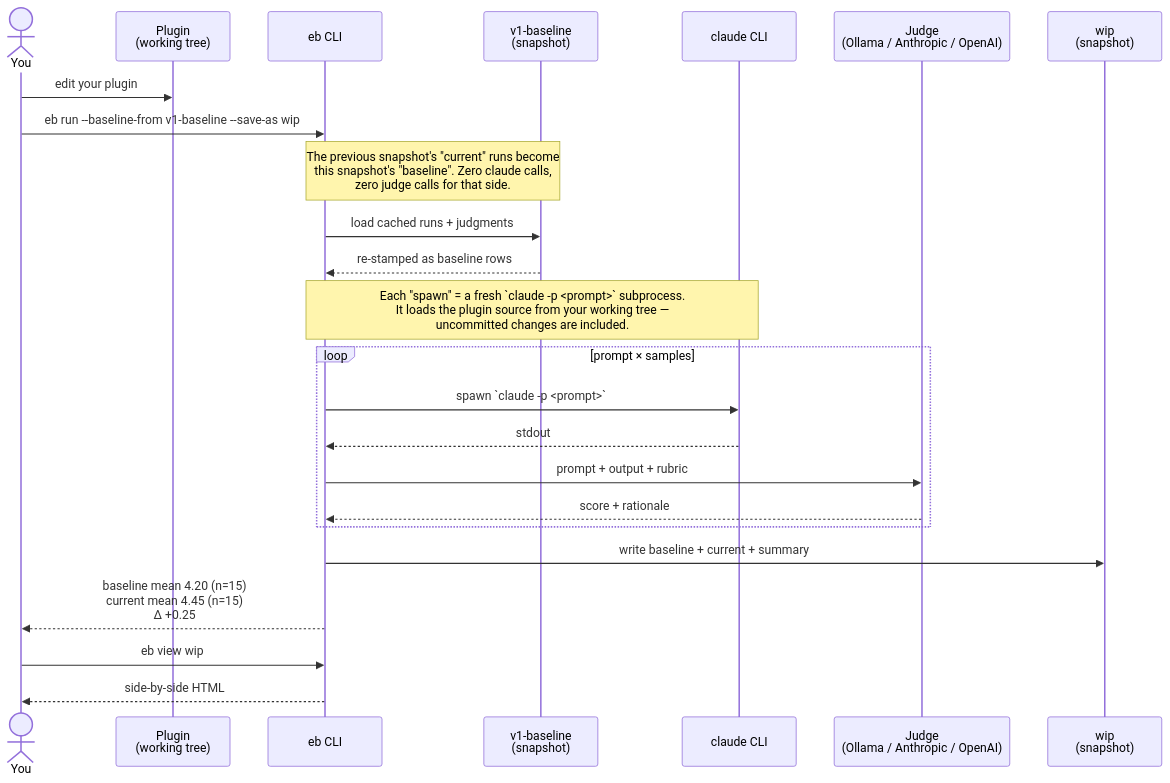
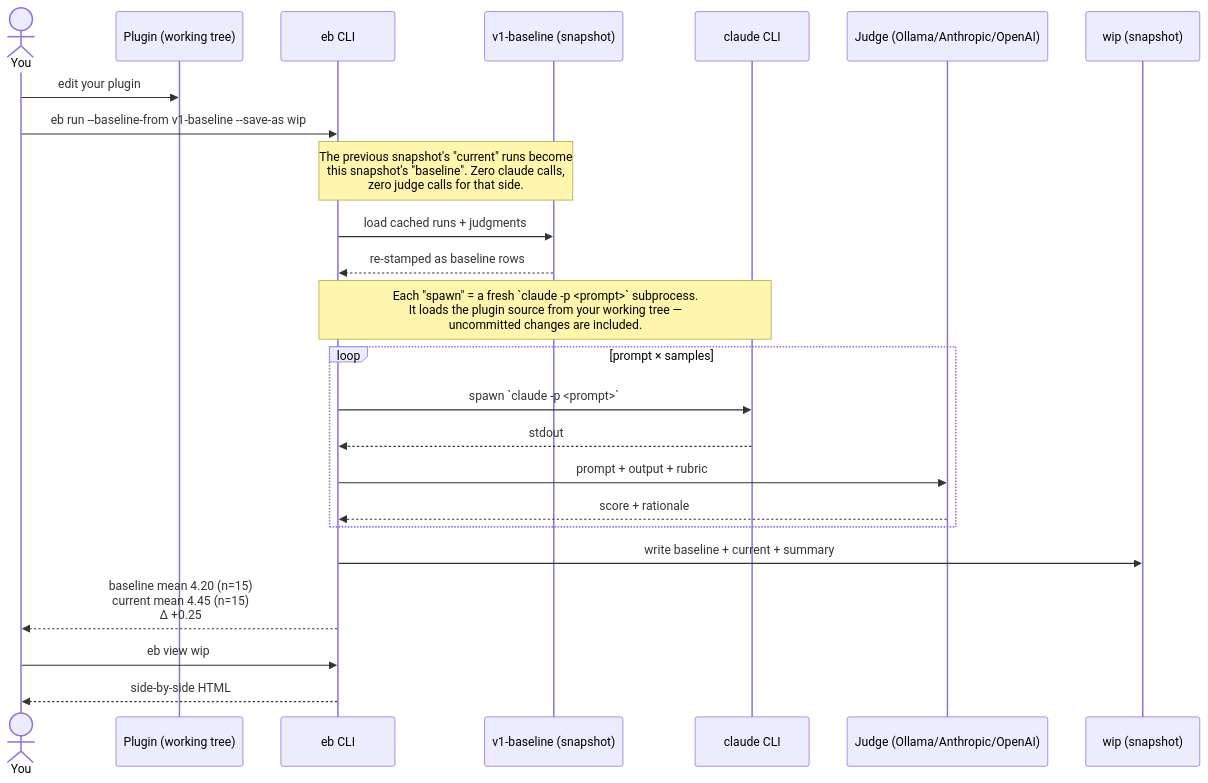
The second of 4 diagrams in README.md (derberg/eval-bench), drawn with Mermaid before and after one commit. The commit also changed other lines of this file, not shown here.

Commit message:
fix: correct mermaid diagrams in README — rename ef→eb, remove br tags from participant labels

````diff
--- a/README.md
+++ b/README.md
@@ -79,30 +79,30 @@
 ```mermaid
 sequenceDiagram
     actor You
-    participant tree as Plugin<br/>(working tree)
+    participant tree as Plugin (working tree)
     participant eb as eb CLI
-    participant prev as v1-baseline<br/>(snapshot)
+    participant prev as v1-baseline (snapshot)
     participant claude as claude CLI
-    participant judge as Judge<br/>(Ollama / Anthropic / OpenAI)
-    participant snap as wip<br/>(snapshot)
+    participant judge as Judge (Ollama/Anthropic/OpenAI)
+    participant snap as wip (snapshot)
 
     You->>tree: edit your plugin
     You->>eb: eb run --baseline-from v1-baseline --save-as wip
 
     Note over eb,prev: The previous snapshot's "current" runs become<br/>this snapshot's "baseline". Zero claude calls,<br/>zero judge calls for that side.
     eb->>prev: load cached runs + judgments
     prev-->>eb: re-stamped as baseline rows
 
     Note over eb,claude: Each "spawn" = a fresh `claude -p <prompt>` subprocess.<br/>It loads the plugin source from your working tree —<br/>uncommitted changes are included.
     loop prompt × samples
         eb->>claude: spawn `claude -p <prompt>`
         claude-->>eb: stdout
         eb->>judge: prompt + output + rubric
         judge-->>eb: score + rationale
     end
 
     eb->>snap: write baseline + current + summary
     eb-->>You: baseline mean 4.20 (n=15)<br/>current  mean 4.45 (n=15)<br/>Δ +0.25
     You->>eb: eb view wip
     eb-->>You: side-by-side HTML
 ```
````
